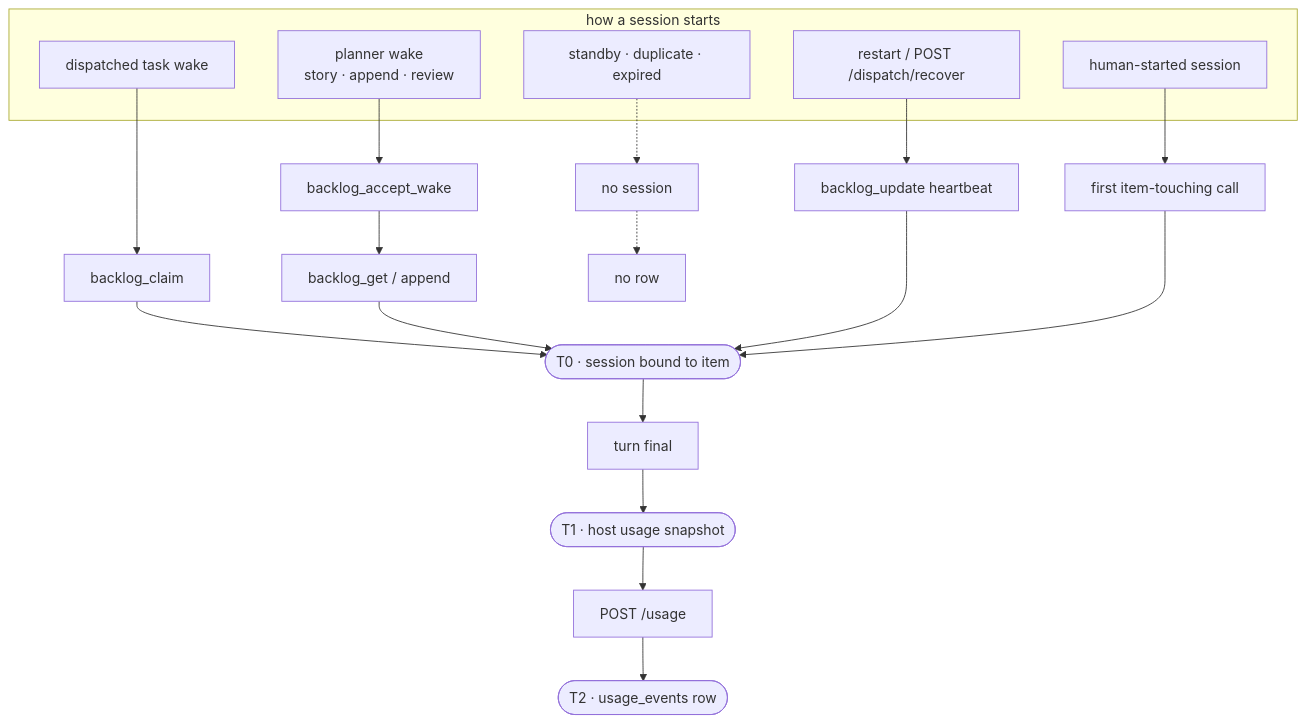
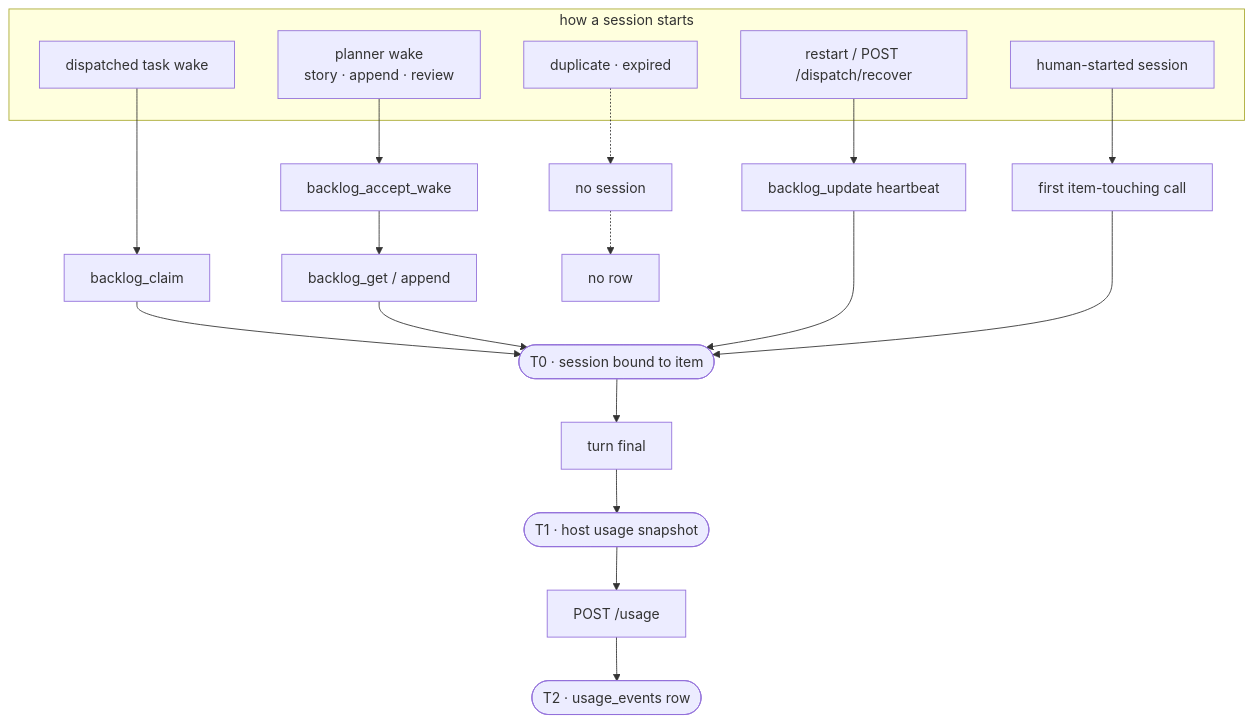
Before and after one commit to igorjpimenta/winch: the first of 2 diagrams in docs/webhooks.md, drawn with Mermaid. The commit also changed other lines of this file and 7 other files, not shown here.

````diff
--- a/docs/webhooks.md
+++ b/docs/webhooks.md
@@ -84,24 +84,24 @@
 ```mermaid
 flowchart TD
   subgraph starts[how a session starts]
     S1[dispatched task wake]
     S2[planner wake<br/>story · append · review]
     S3[restart / POST /dispatch/recover]
     S4[human-started session]
-    S5[standby · duplicate · expired]
+    S5[duplicate · expired]
   end
   S1 --> C1[backlog_claim]
   S2 --> C2[backlog_accept_wake] --> C3[backlog_get / append]
   S3 --> C4[backlog_update heartbeat]
   S4 --> C5[first item-touching call]
   T0([T0 · session bound to item])
   C1 --> T0
   C3 --> T0
   C4 --> T0
   C5 --> T0
   T0 --> F[turn final]
   F --> T1([T1 · host usage snapshot])
   T1 --> P[POST /usage]
   P --> T2([T2 · usage_events row])
   S5 -.-> N[no session] -.-> X[no row]
 ```
````
